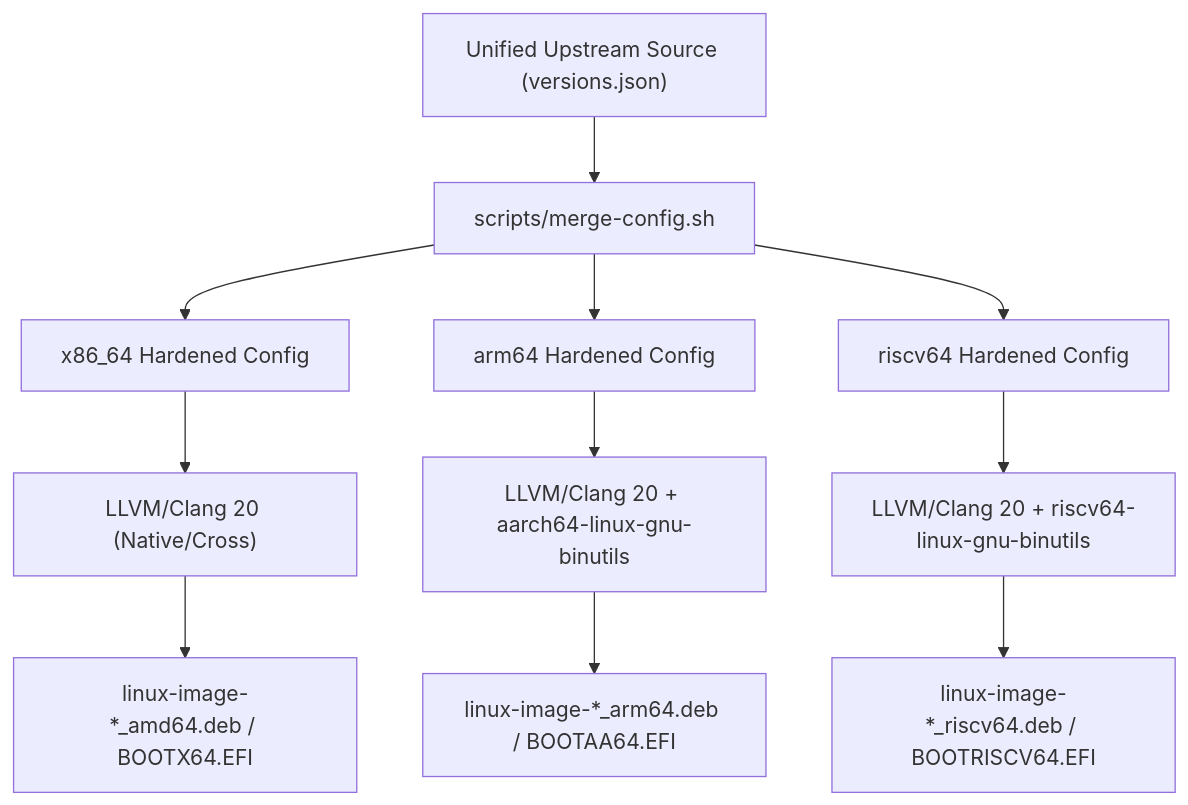
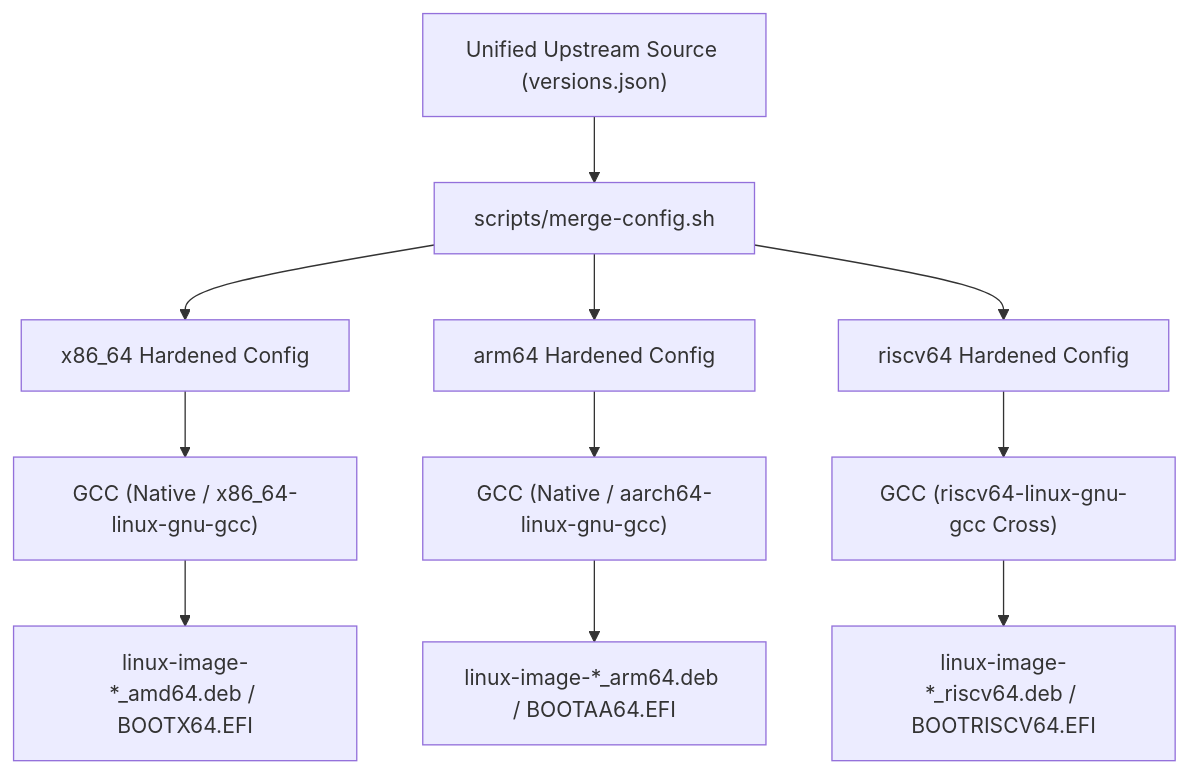
Before and after one commit to cordanaLLM/nucleus: the diagram in docs/hardware/architectures.md, drawn with Mermaid. The commit also changed other lines of this file and 13 other files, not shown here.

````diff
--- a/docs/hardware/architectures.md
+++ b/docs/hardware/architectures.md
@@ -17,16 +17,16 @@
 ```mermaid
 graph TD
     SRC["Unified Upstream Source (versions.json)"] --> KCONF_MERGE["scripts/merge-config.sh"]
 
     KCONF_MERGE --> X86_CONF["x86_64 Hardened Config"]
     KCONF_MERGE --> ARM_CONF["arm64 Hardened Config"]
     KCONF_MERGE --> RISCV_CONF["riscv64 Hardened Config"]
 
-    X86_CONF --> TOOL_X86["LLVM/Clang 20 (Native/Cross)"]
-    ARM_CONF --> TOOL_ARM["LLVM/Clang 20 + aarch64-linux-gnu-binutils"]
-    RISCV_CONF --> TOOL_RISCV["LLVM/Clang 20 + riscv64-linux-gnu-binutils"]
+    X86_CONF --> TOOL_X86["GCC (Native / x86_64-linux-gnu-gcc)"]
+    ARM_CONF --> TOOL_ARM["GCC (Native / aarch64-linux-gnu-gcc)"]
+    RISCV_CONF --> TOOL_RISCV["GCC (riscv64-linux-gnu-gcc Cross)"]
 
     TOOL_X86 --> OUT_X86["linux-image-*_amd64.deb / BOOTX64.EFI"]
     TOOL_ARM --> OUT_ARM["linux-image-*_arm64.deb / BOOTAA64.EFI"]
     TOOL_RISCV --> OUT_RISCV["linux-image-*_riscv64.deb / BOOTRISCV64.EFI"]
 ```
````
